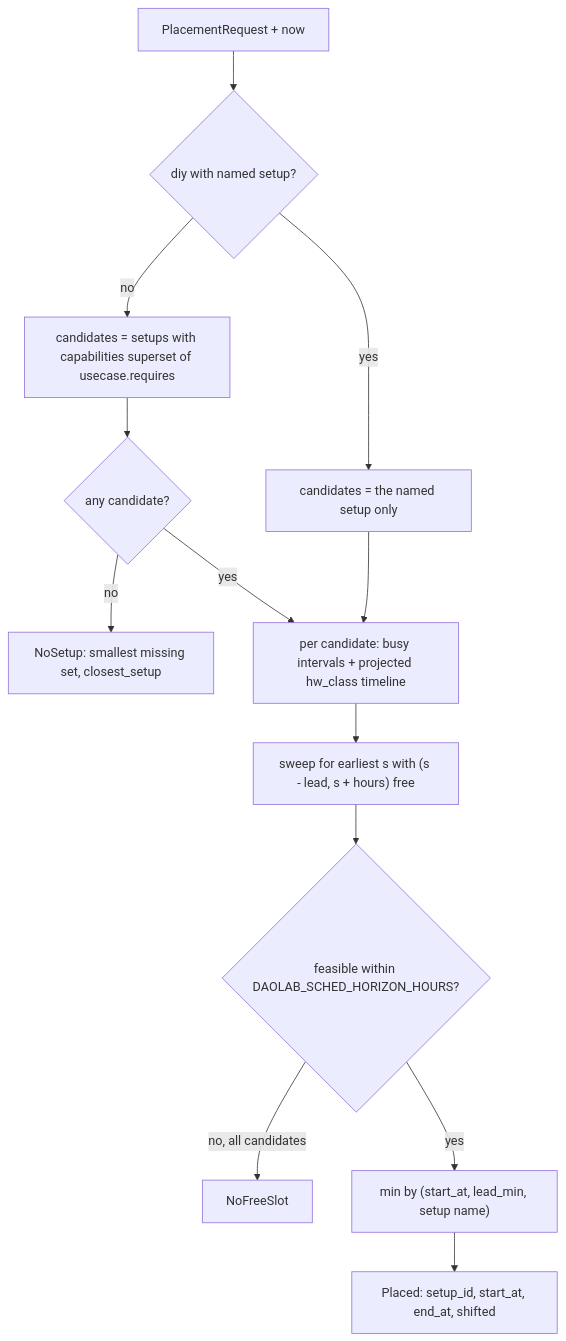
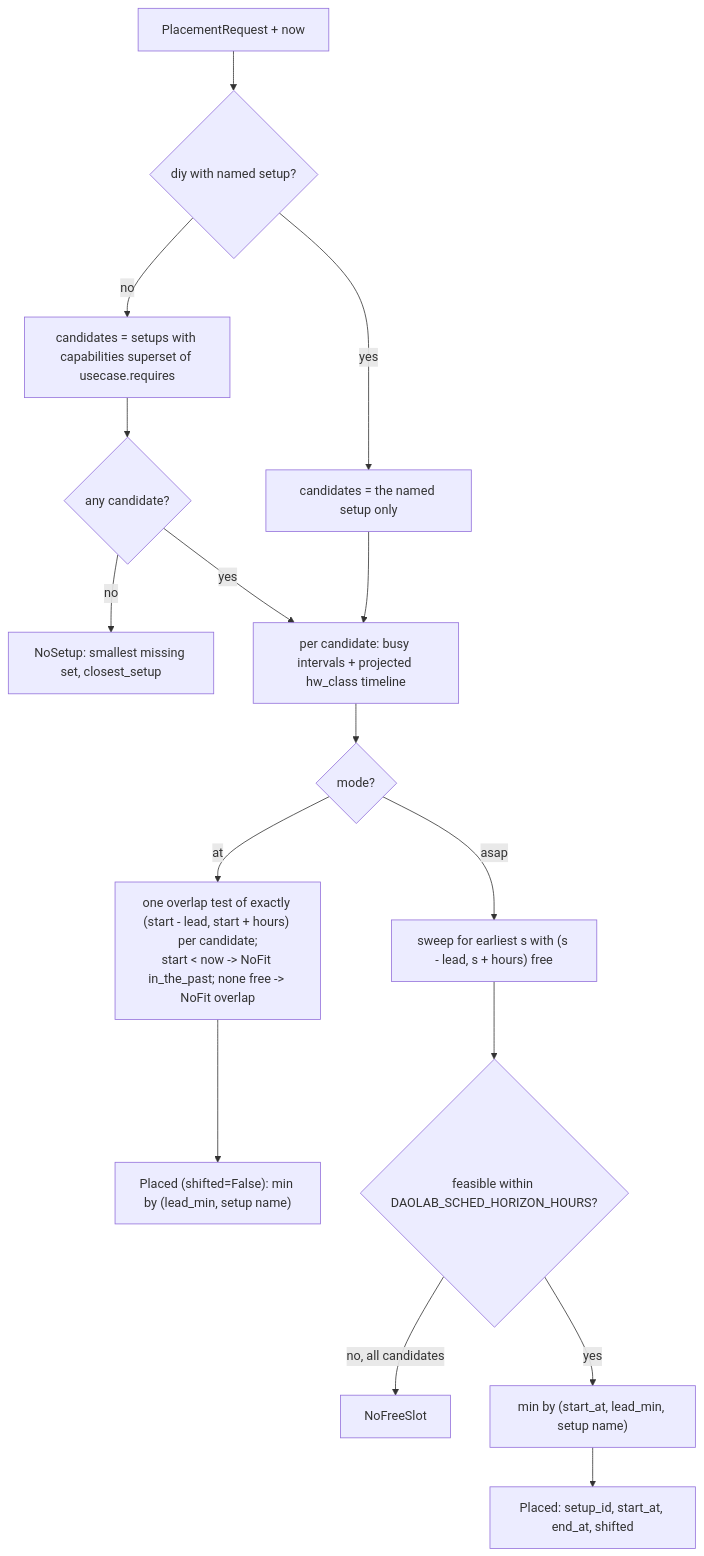
The diagram in plan/03-scheduler.md (hrushikesh-sam/dao-lab-selfserve), drawn with Mermaid before and after one commit. The commit also changed other lines of this file and 3 other files, not shown here.

````diff
--- a/plan/03-scheduler.md
+++ b/plan/03-scheduler.md
@@ -89,15 +98,18 @@
 ```mermaid
 flowchart TD
     RQ["PlacementRequest + now"] --> DIY{"diy with named setup?"}
     DIY -- yes --> ONE["candidates = the named setup only"]
     DIY -- no --> FIL["candidates = setups with capabilities superset of usecase.requires"]
     FIL --> ANY{"any candidate?"}
     ANY -- no --> NS["NoSetup: smallest missing set, closest_setup"]
     ANY -- yes --> TL["per candidate: busy intervals + projected hw_class timeline"]
     ONE --> TL
-    TL --> SW["sweep for earliest s with (s - lead, s + hours) free"]
+    TL --> MD{"mode?"}
+    MD -- at --> AT["one overlap test of exactly (start - lead, start + hours) per candidate;<br/>start < now -> NoFit in_the_past; none free -> NoFit overlap"]
+    AT --> PICKAT["Placed (shifted=False): min by (lead_min, setup name)"]
+    MD -- asap --> SW["sweep for earliest s with (s - lead, s + hours) free"]
     SW --> OK{"feasible within DAOLAB_SCHED_HORIZON_HOURS?"}
     OK -- "no, all candidates" --> NF["NoFreeSlot"]
     OK -- yes --> PICK["min by (start_at, lead_min, setup name)"]
     PICK --> PL["Placed: setup_id, start_at, end_at, shifted"]
 ```
````
